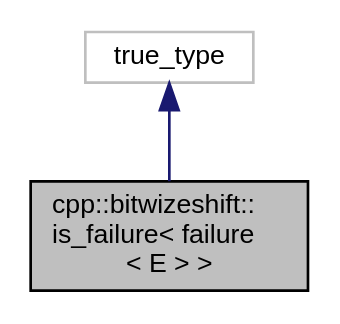
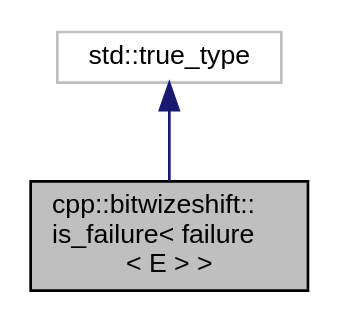
Before and after one commit to bitwizeshift/result: the diagram in api/latest/dc/d4c/structcpp_1_1bitwizeshift_1_1is__failure_3_01failure_3_01_e_01_4_01_4__inherit__graph.dot, drawn with Graphviz. The commit also changed 170 other files, not shown here.

```diff
--- a/api/latest/dc/d4c/structcpp_1_1bitwizeshift_1_1is__failure_3_01failure_3_01_e_01_4_01_4__inherit__graph.dot
+++ b/api/latest/dc/d4c/structcpp_1_1bitwizeshift_1_1is__failure_3_01failure_3_01_e_01_4_01_4__inherit__graph.dot
@@ -1,8 +1,9 @@
 digraph "cpp::bitwizeshift::is_failure&lt; failure&lt; E &gt; &gt;"
 {
+ // LATEX_PDF_SIZE
   edge [fontname="Helvetica",fontsize="10",labelfontname="Helvetica",labelfontsize="10"];
   node [fontname="Helvetica",fontsize="10",shape=record];
-  Node0 [label="cpp::bitwizeshift::\lis_failure\< failure\l\< E \> \>",height=0.2,width=0.4,color="black", fillcolor="grey75", style="filled", fontcolor="black"];
-  Node1 -> Node0 [dir="back",color="midnightblue",fontsize="10",style="solid",fontname="Helvetica"];
-  Node1 [label="true_type",height=0.2,width=0.4,color="grey75", fillcolor="white", style="filled"];
+  Node1 [label="cpp::bitwizeshift::\lis_failure\< failure\l\< E \> \>",height=0.2,width=0.4,color="black", fillcolor="grey75", style="filled", fontcolor="black",tooltip=" "];
+  Node2 -> Node1 [dir="back",color="midnightblue",fontsize="10",style="solid",fontname="Helvetica"];
+  Node2 [label="std::true_type",height=0.2,width=0.4,color="grey75", fillcolor="white", style="filled",tooltip=" "];
 }
```
